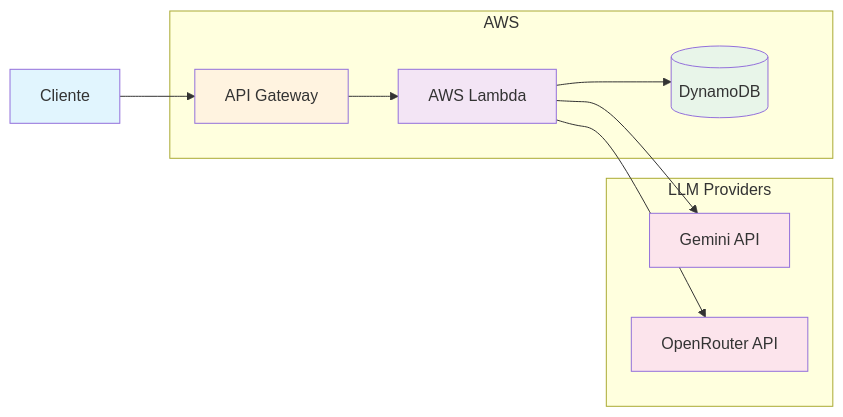
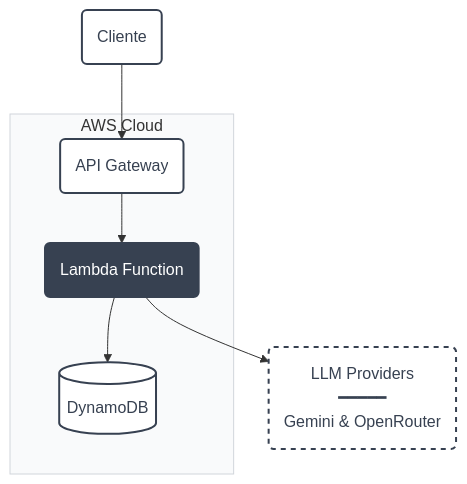
Before and after one commit to Morelatto/serverless-chat-api: the diagram in README.md, drawn with Mermaid. The commit also changed 7 other files, not shown here.

````diff
--- a/README.md
+++ b/README.md
@@ -70,27 +70,29 @@
 ```mermaid
-graph LR
-    Cliente[Cliente] --> Gateway[API Gateway]
-    Gateway --> Lambda[AWS Lambda]
+graph TB
+    %% Estilo minimalista monocromático
+    classDef node fill:#fff,stroke:#374151,stroke-width:2px,color:#374151
+    classDef focus fill:#374151,stroke:#374151,stroke-width:2px,color:#fff
+    classDef external fill:#fff,stroke:#374151,stroke-width:2px,stroke-dasharray:5 5,color:#374151
     
-    Lambda --> DynamoDB[(DynamoDB)]
-    Lambda --> Gemini[Gemini API]
-    Lambda --> OpenRouter[OpenRouter API]
+    %% Arquitetura
+    Client(Cliente):::node
+    Gateway(API Gateway):::node
+    Lambda(Lambda Function):::focus
+    DB[(DynamoDB)]:::node
+    LLM(LLM Providers<br/>━━━━━<br/>Gemini & OpenRouter):::external
     
-    subgraph AWS
+    %% Conexões
+    Client --> Gateway
+    Gateway --> Lambda
+    Lambda --> DB
+    Lambda --> LLM
+    
+    %% Contexto AWS
+    subgraph cloud[AWS Cloud]
         Gateway
         Lambda
-        DynamoDB
+        DB
     end
     
-    subgraph LLM Providers
-        Gemini
-        OpenRouter
-    end
-    
-    style Cliente fill:#e1f5fe
-    style Gateway fill:#fff3e0
-    style Lambda fill:#f3e5f5
-    style DynamoDB fill:#e8f5e9
-    style Gemini fill:#fce4ec
-    style OpenRouter fill:#fce4ec
+    style cloud fill:#f9fafb,stroke:#d1d5db,stroke-width:1px
 ```
````
